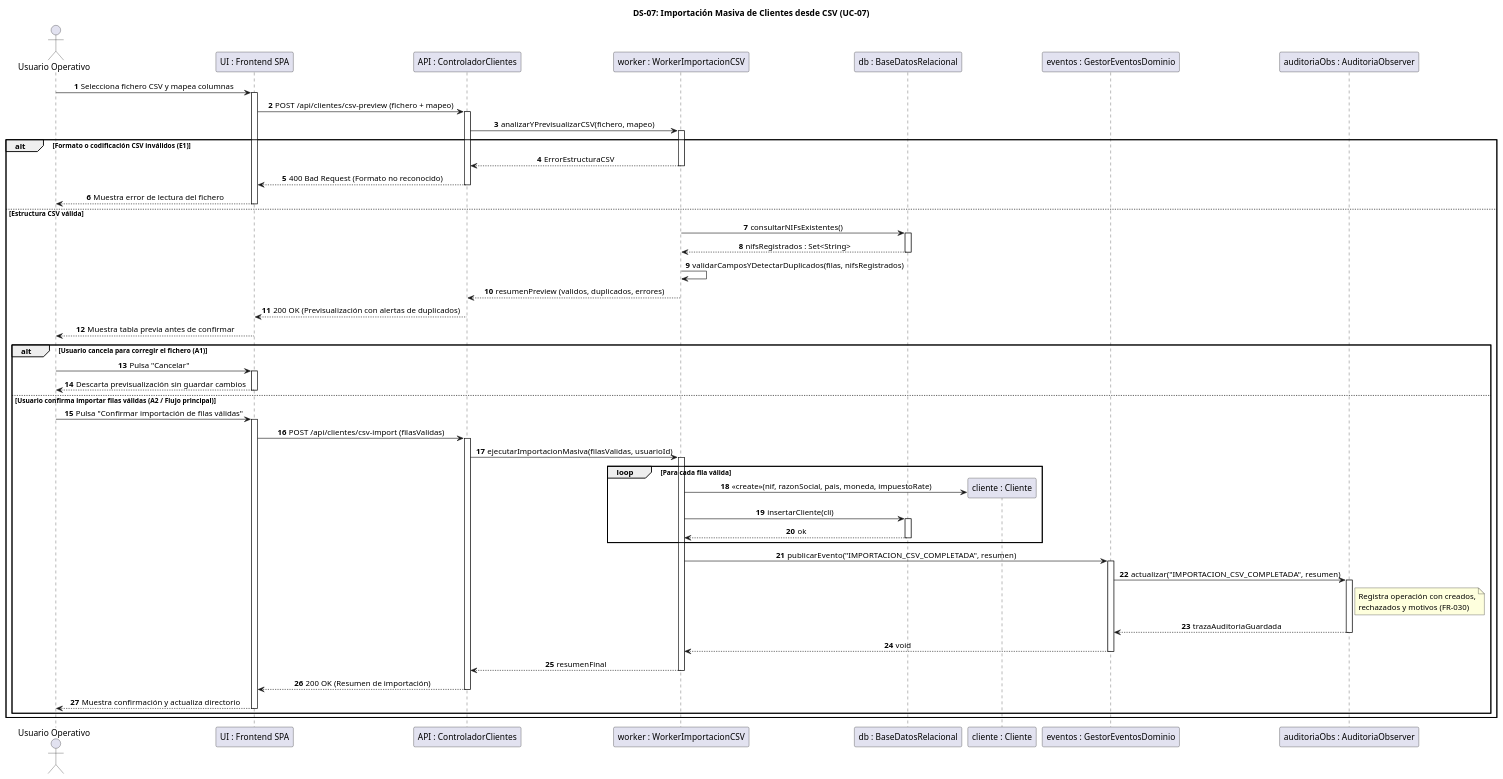
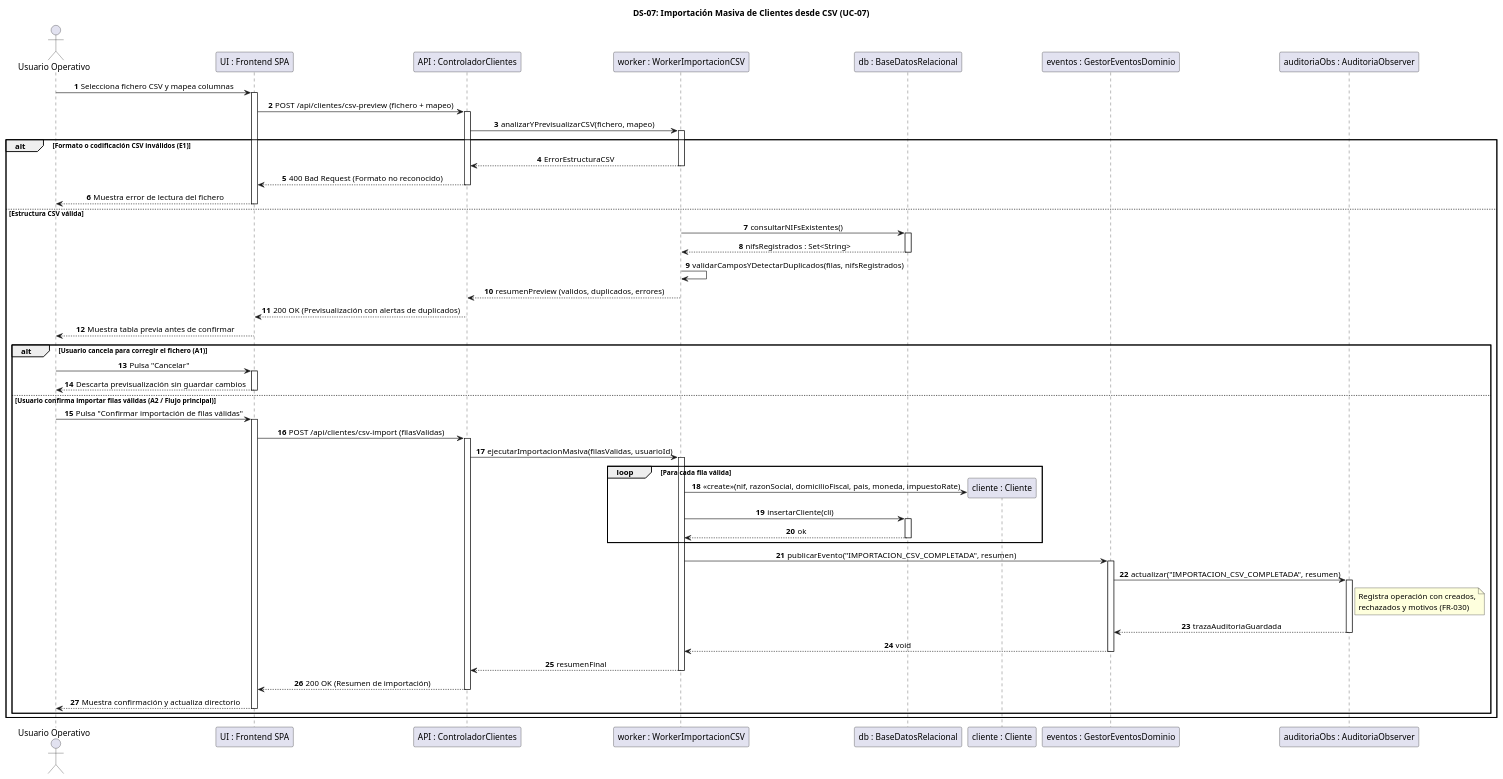
Before and after one commit to pablorv3/Hienitas-ADAP: the diagram in doc/src/diagramas-secuencia/ds-07-importacion-masiva-csv.pu, drawn with PlantUML. The commit also changed 6 other files, not shown here.

First line of the commit message:
Align sequence diagrams with document state and contact model

```diff
--- a/doc/src/diagramas-secuencia/ds-07-importacion-masiva-csv.pu
+++ b/doc/src/diagramas-secuencia/ds-07-importacion-masiva-csv.pu
@@ -1,88 +1,88 @@
 @startuml DS07_Importacion_Clientes_CSV
     autonumber
     skinparam sequenceMessageAlign center
     skinparam responseMessageBelowArrow true
 
     title DS-07: Importación Masiva de Clientes desde CSV (UC-07)
 
     actor "Usuario Operativo" as UO
     participant "UI : Frontend SPA" as UI
     participant "API : ControladorClientes" as API
     participant "worker : WorkerImportacionCSV" as Worker
     participant "db : BaseDatosRelacional" as DB
     participant "cliente : Cliente" as Cli
     participant "eventos : GestorEventosDominio" as Eventos
     participant "auditoriaObs : AuditoriaObserver" as AudObs
 
     UO -> UI : Selecciona fichero CSV y mapea columnas
     activate UI
 
     UI -> API : POST /api/clientes/csv-preview (fichero + mapeo)
     activate API
 
     API -> Worker : analizarYPrevisualizarCSV(fichero, mapeo)
     activate Worker
 
     alt Formato o codificación CSV inválidos (E1)
         Worker --> API : ErrorEstructuraCSV
         deactivate Worker
         API --> UI : 400 Bad Request (Formato no reconocido)
         deactivate API
         UI --> UO : Muestra error de lectura del fichero
         deactivate UI
     else Estructura CSV válida
         Worker -> DB : consultarNIFsExistentes()
         activate DB
         DB --> Worker : nifsRegistrados : Set<String>
         deactivate DB
 
         Worker -> Worker : validarCamposYDetectarDuplicados(filas, nifsRegistrados)
         Worker --> API : resumenPreview (validos, duplicados, errores)
         deactivate Worker
 
         API --> UI : 200 OK (Previsualización con alertas de duplicados)
         deactivate API
         UI --> UO : Muestra tabla previa antes de confirmar
         deactivate UI
 
         alt Usuario cancela para corregir el fichero (A1)
             UO -> UI : Pulsa "Cancelar"
             activate UI
             UI --> UO : Descarta previsualización sin guardar cambios
             deactivate UI
         else Usuario confirma importar filas válidas (A2 / Flujo principal)
             UO -> UI : Pulsa "Confirmar importación de filas válidas"
             activate UI
             UI -> API : POST /api/clientes/csv-import (filasValidas)
             activate API
             API -> Worker : ejecutarImportacionMasiva(filasValidas, usuarioId)
             activate Worker
 
             loop Para cada fila válida
                 create Cli
-                Worker -> Cli : <<create>>(nif, razonSocial, pais, moneda, impuestoRate)
+                Worker -> Cli : <<create>>(nif, razonSocial, domicilioFiscal, pais, moneda, impuestoRate)
                 Worker -> DB : insertarCliente(cli)
                 activate DB
                 DB --> Worker : ok
                 deactivate DB
             end
 
             Worker -> Eventos : publicarEvento("IMPORTACION_CSV_COMPLETADA", resumen)
             activate Eventos
             Eventos -> AudObs : actualizar("IMPORTACION_CSV_COMPLETADA", resumen)
             activate AudObs
             note right of AudObs: Registra operación con creados,\nrechazados y motivos (FR-030)
             AudObs --> Eventos : trazaAuditoriaGuardada
             deactivate AudObs
             Eventos --> Worker : void
             deactivate Eventos
 
             Worker --> API : resumenFinal
             deactivate Worker
             API --> UI : 200 OK (Resumen de importación)
             deactivate API
             UI --> UO : Muestra confirmación y actualiza directorio
             deactivate UI
         end
     end
 @enduml
```
